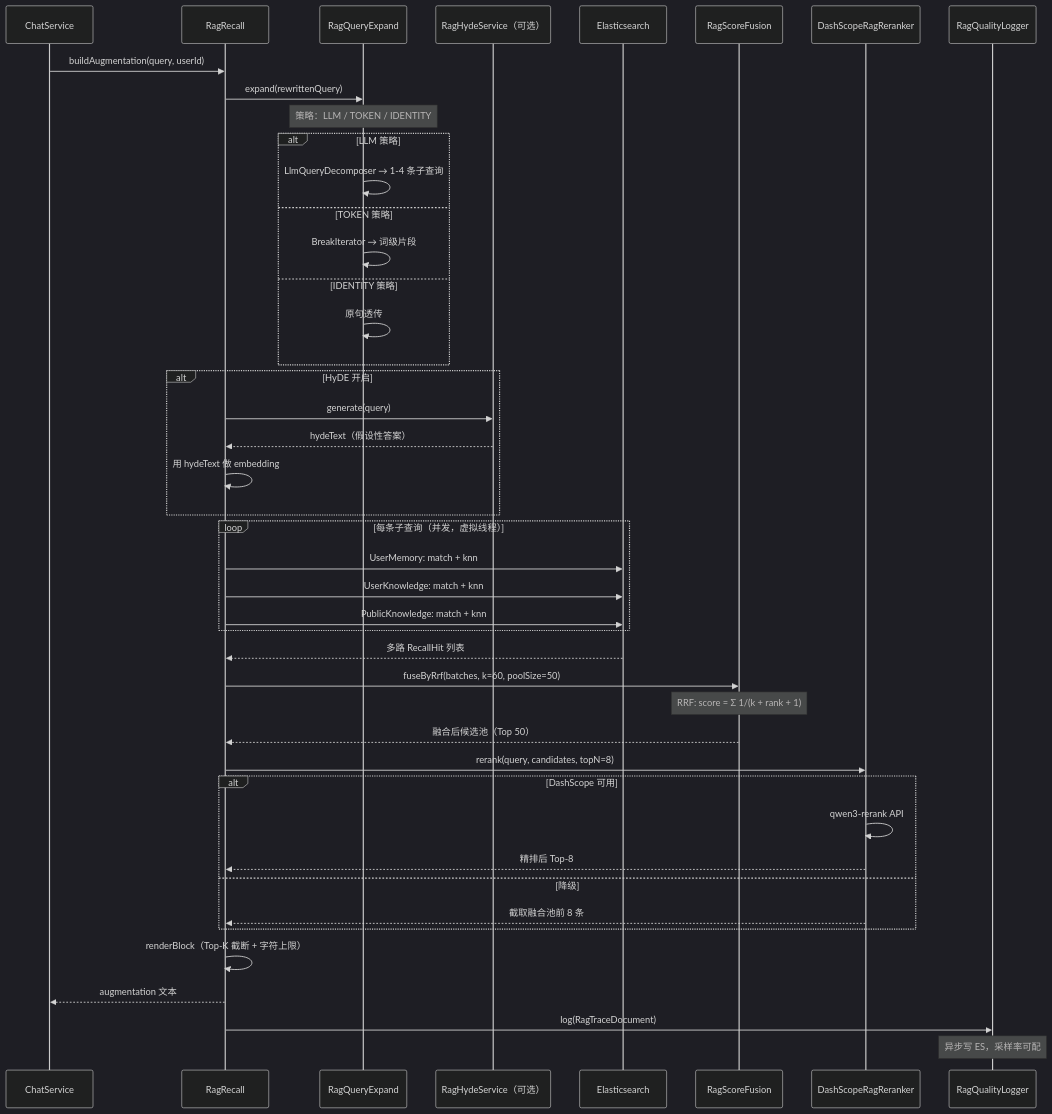
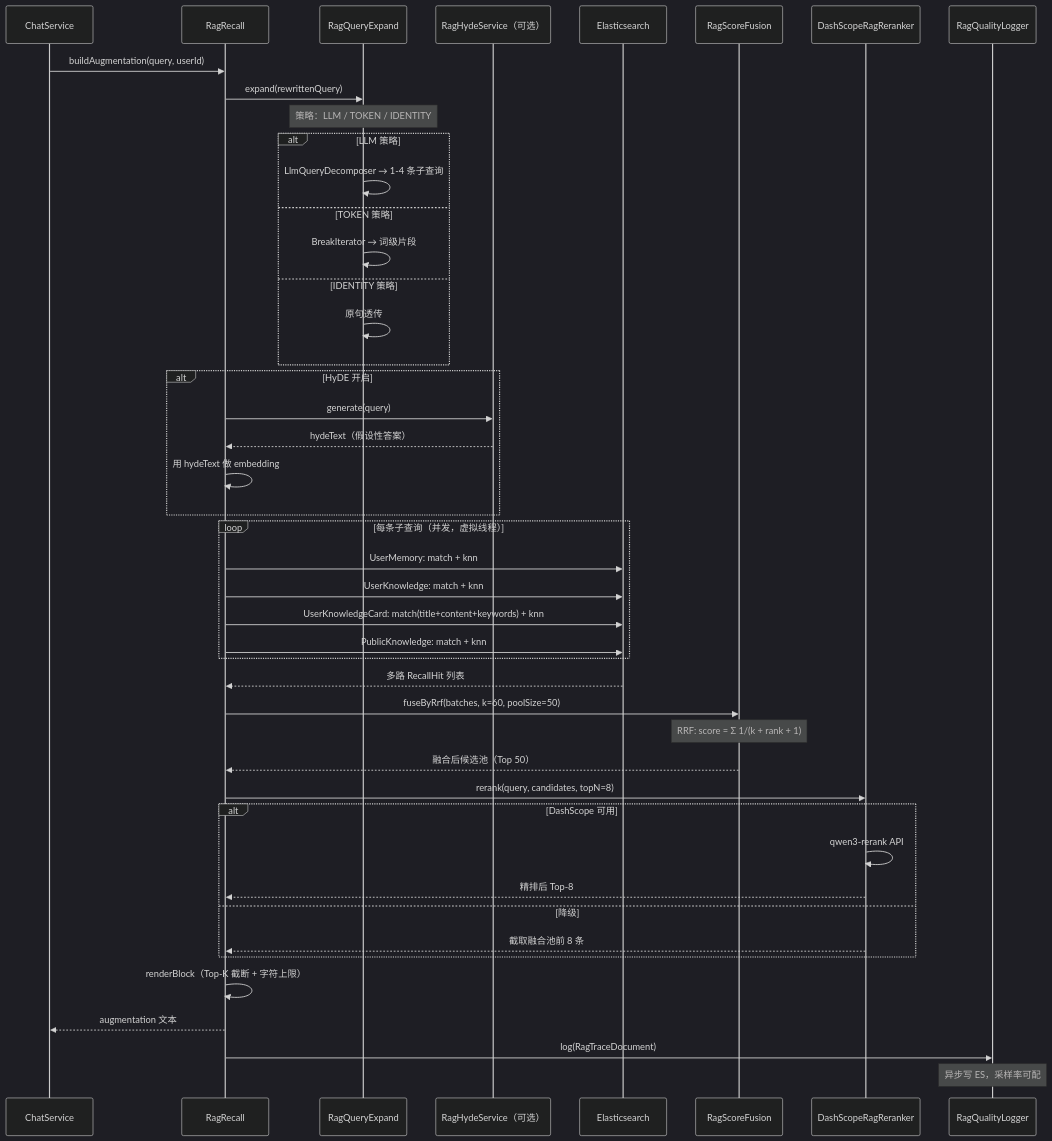
The second of 3 diagrams in document/模块要点/模块7-RAG检索增强管线.md (Yuyu123fish/Fish-Agent), drawn with Mermaid (dark theme) before and after one commit. The commit also changed other lines of this file and 92 other files, not shown here.

````diff
--- a/document/模块要点/模块7-RAG检索增强管线.md
+++ b/document/模块要点/模块7-RAG检索增强管线.md
@@ -75,54 +76,55 @@
 ```mermaid
 sequenceDiagram
     participant CS as ChatService
     participant Recall as RagRecall
     participant Expand as RagQueryExpand
     participant HyDE as RagHydeService（可选）
     participant ES as Elasticsearch
     participant Fusion as RagScoreFusion
     participant Reranker as DashScopeRagReranker
     participant Trace as RagQualityLogger
 
     CS->>Recall: buildAugmentation(query, userId)
     Recall->>Expand: expand(rewrittenQuery)
     Note over Expand: 策略：LLM / TOKEN / IDENTITY
 
     alt LLM 策略
         Expand->>Expand: LlmQueryDecomposer → 1-4 条子查询
     else TOKEN 策略
         Expand->>Expand: BreakIterator → 词级片段
     else IDENTITY 策略
         Expand->>Expand: 原句透传
     end
 
     alt HyDE 开启
         Recall->>HyDE: generate(query)
         HyDE-->>Recall: hydeText（假设性答案）
         Recall->>Recall: 用 hydeText 做 embedding
     end
 
     loop 每条子查询（并发，虚拟线程）
         Recall->>ES: UserMemory: match + knn
         Recall->>ES: UserKnowledge: match + knn
+        Recall->>ES: UserKnowledgeCard: match(title+content+keywords) + knn
         Recall->>ES: PublicKnowledge: match + knn
     end
     ES-->>Recall: 多路 RecallHit 列表
 
     Recall->>Fusion: fuseByRrf(batches, k=60, poolSize=50)
     Note over Fusion: RRF: score = Σ 1/(k + rank + 1)
     Fusion-->>Recall: 融合后候选池（Top 50）
 
     Recall->>Reranker: rerank(query, candidates, topN=8)
     alt DashScope 可用
         Reranker->>Reranker: qwen3-rerank API
         Reranker-->>Recall: 精排后 Top-8
     else 降级
         Reranker-->>Recall: 截取融合池前 8 条
     end
 
     Recall->>Recall: renderBlock（Top-K 截断 + 字符上限）
     Recall-->>CS: augmentation 文本
 
     Recall->>Trace: log(RagTraceDocument)
     Note over Trace: 异步写 ES，采样率可配
 ```
````
